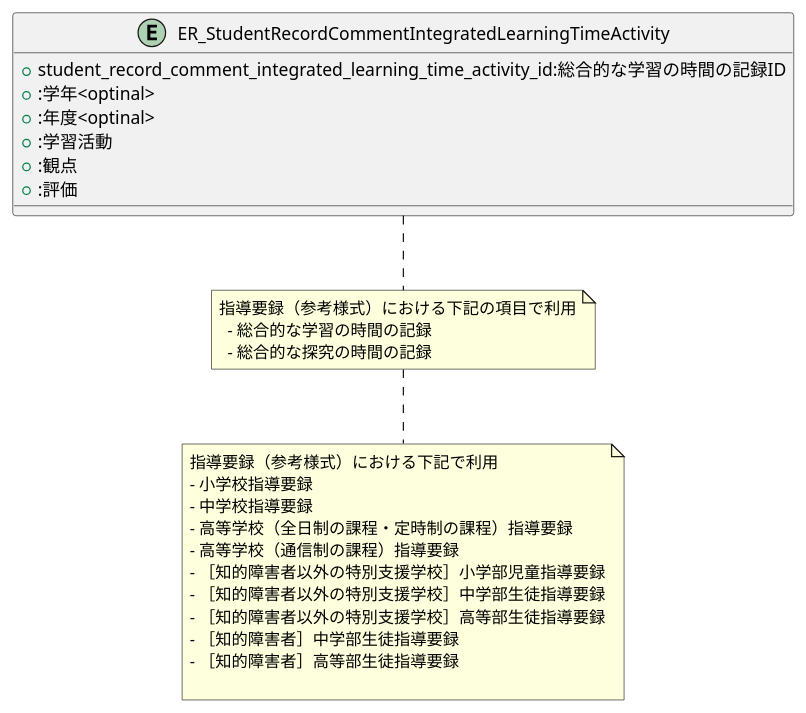
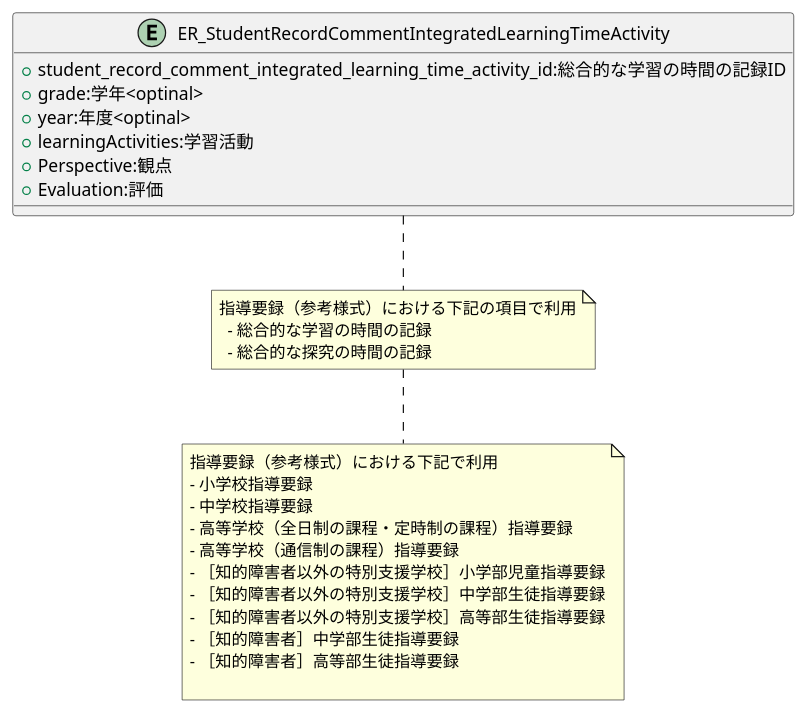
Before and after one commit to popoposorara/ERP_ER: the diagram in Entity/ER_StudentRecordCommentIntegratedLearningTimeActivity.pu, drawn with PlantUML. The commit also changed 25 other files, not shown here.

```diff
--- a/Entity/ER_StudentRecordCommentIntegratedLearningTimeActivity.pu
+++ b/Entity/ER_StudentRecordCommentIntegratedLearningTimeActivity.pu
@@ -1,32 +1,32 @@
 @startuml
 
 entity "ER_StudentRecordCommentIntegratedLearningTimeActivity"{
     + student_record_comment_integrated_learning_time_activity_id:総合的な学習の時間の記録ID
-    + :学年<optinal>
-    + :年度<optinal>
-    + :学習活動
-    + :観点
-    + :評価
+    + grade:学年<optinal>
+    + year:年度<optinal>
+    + learningActivities:学習活動
+    + Perspective:観点
+    + Evaluation:評価
 }
 
 note bottom
 指導要録（参考様式）における下記の項目で利用
   - 総合的な学習の時間の記録
   - 総合的な探究の時間の記録
 end note
 
 note bottom
 指導要録（参考様式）における下記で利用
 - 小学校指導要録
 - 中学校指導要録
 - 高等学校（全日制の課程・定時制の課程）指導要録
 - 高等学校（通信制の課程）指導要録
 - ［知的障害者以外の特別支援学校］小学部児童指導要録
 - ［知的障害者以外の特別支援学校］中学部生徒指導要録
 - ［知的障害者以外の特別支援学校］高等部生徒指導要録
 - ［知的障害者］中学部生徒指導要録
 - ［知的障害者］高等部生徒指導要録
 
 end note
 
 @enduml
```
